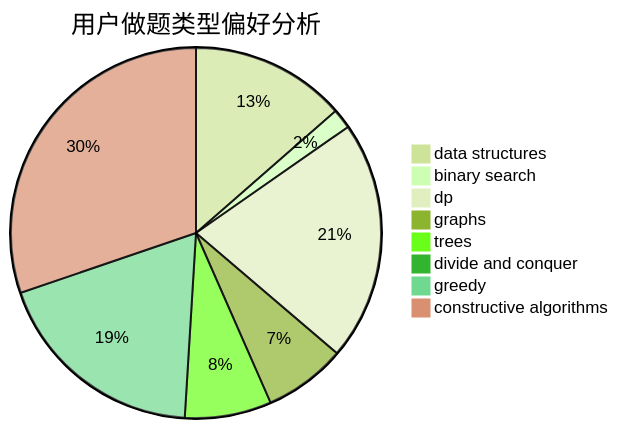
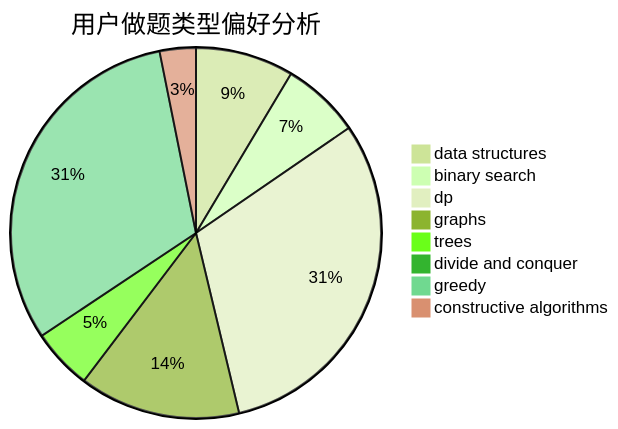
The second of 3 diagrams in docs/user/u1201.md (sherpahu/cfrs.github.io), drawn with Mermaid (forest theme) before and after one commit. The commit also changed other lines of this file and 2770 other files, not shown here.

````diff
--- a/docs/user/u1201.md
+++ b/docs/user/u1201.md
@@ -23,11 +23,11 @@
 ```mermaid
 pie title 用户做题类型偏好分析
-    "data structures" :  70
-    "binary search" :  9
-    "dp" :  108
-    "graphs" :  37
-    "trees" :  39
-    "divide and conquer" :  3
-    "greedy" :  97
-    "constructive algorithms" :  156
+    "data structures" :  95
+    "binary search" :  76
+    "dp" :  342
+    "graphs" :  156
+    "trees" :  59
+    "divide and conquer" :  8
+    "greedy" :  346
+    "constructive algorithms" :  35
 ```
````
